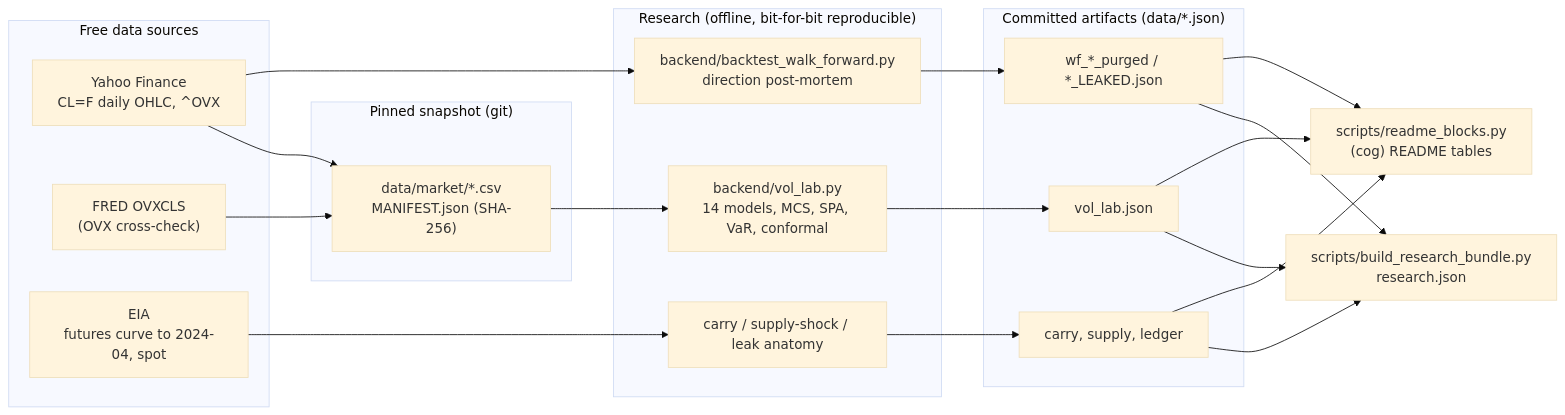
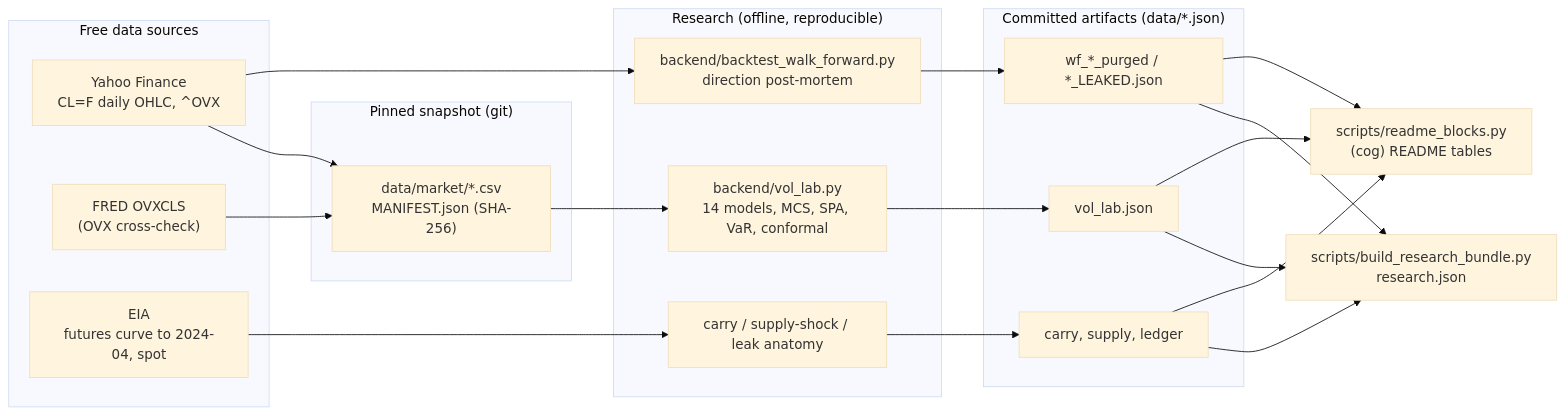
The first of 2 diagrams in docs/ARCHITECTURE.md (NavnoorBawa/WTI-Crude-Oil-Futures), drawn with Mermaid (base theme) before and after one commit. The commit also changed 15 other files, not shown here.

````diff
--- a/docs/ARCHITECTURE.md
+++ b/docs/ARCHITECTURE.md
@@ -11,28 +11,28 @@
 ```mermaid
 flowchart LR
     subgraph sources["Free data sources"]
         Y["Yahoo Finance<br/>CL=F daily OHLC, ^OVX"]
         F["FRED OVXCLS<br/>(OVX cross-check)"]
         E["EIA<br/>futures curve to 2024-04, spot"]
     end
     subgraph pinned["Pinned snapshot (git)"]
         S["data/market/*.csv<br/>MANIFEST.json (SHA-256)"]
     end
-    subgraph research["Research (offline, bit-for-bit reproducible)"]
+    subgraph research["Research (offline, reproducible)"]
         L["backend/vol_lab.py<br/>14 models, MCS, SPA, VaR, conformal"]
         W["backend/backtest_walk_forward.py<br/>direction post-mortem"]
         C["carry / supply-shock / leak anatomy"]
     end
     subgraph artifacts["Committed artifacts (data/*.json)"]
         A1["vol_lab.json"]
         A2["wf_*_purged / *_LEAKED.json"]
         A3["carry, supply, ledger"]
     end
     Y --> S
     F --> S
     S --> L --> A1
     Y --> W --> A2
     E --> C --> A3
     A1 & A2 & A3 --> B["scripts/build_research_bundle.py<br/>research.json"]
     A1 & A2 & A3 --> R["scripts/readme_blocks.py<br/>(cog) README tables"]
 ```
````
